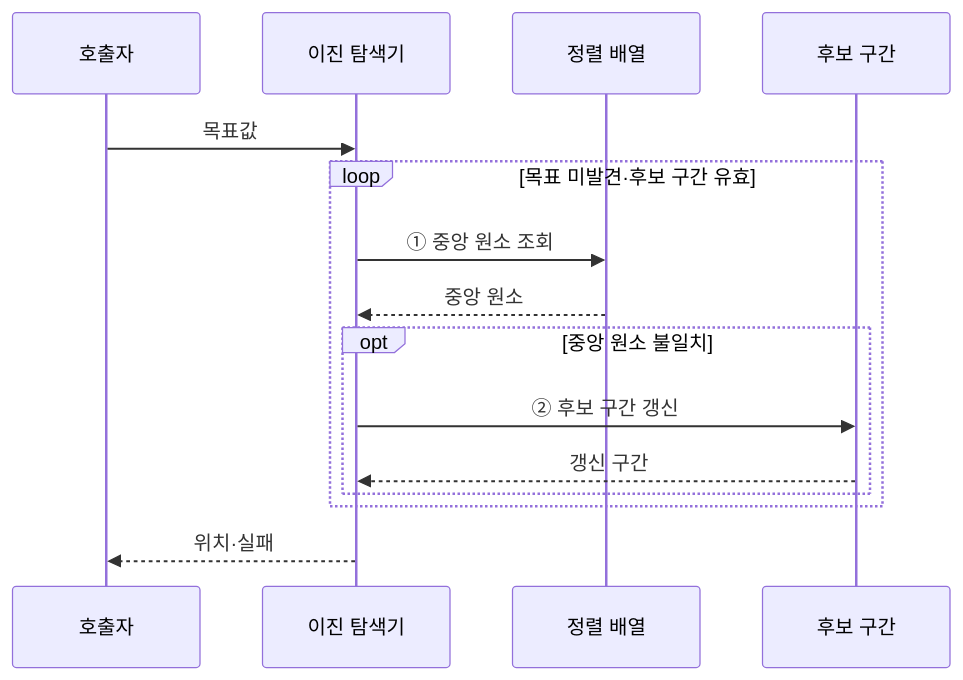
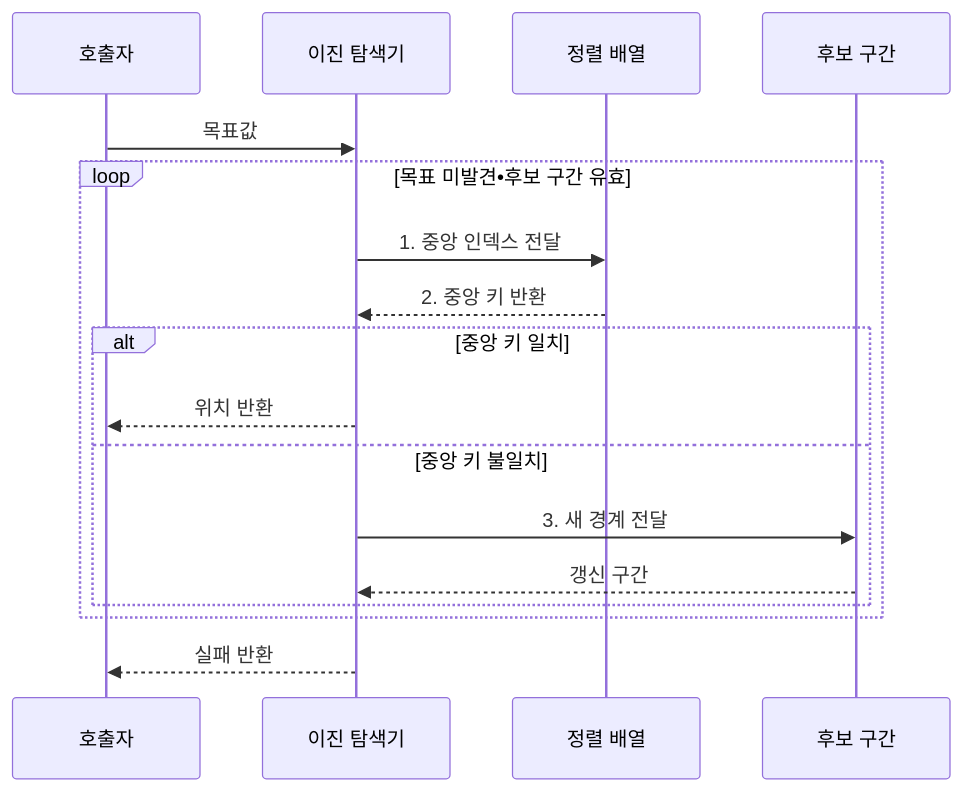
The third of 4 diagrams in src/content/docs/notes/01-basic-theory/004_binary_search.md (agnusdei1207/knowledge-base), drawn with Mermaid before and after one commit. The commit also changed other lines of this file and 20 other files, not shown here.

````diff
--- a/src/content/docs/notes/01-basic-theory/004_binary_search.md
+++ b/src/content/docs/notes/01-basic-theory/004_binary_search.md
@@ -89,17 +95,19 @@
 ```mermaid
 sequenceDiagram
     participant Q as 호출자
     participant B as 이진 탐색기
     participant A as 정렬 배열
     participant R as 후보 구간
     Q->>B: 목표값
-    loop 목표 미발견·후보 구간 유효
-        B->>A: ① 중앙 원소 조회
-        A-->>B: 중앙 원소
-        opt 중앙 원소 불일치
-            B->>R: ② 후보 구간 갱신
+    loop 목표 미발견•후보 구간 유효
+        B->>A: 1. 중앙 인덱스 전달
+        A-->>B: 2. 중앙 키 반환
+        alt 중앙 키 일치
+            B-->>Q: 위치 반환
+        else 중앙 키 불일치
+            B->>R: 3. 새 경계 전달
             R-->>B: 갱신 구간
         end
     end
-    B-->>Q: 위치·실패
+    B-->>Q: 실패 반환
 ```
````
